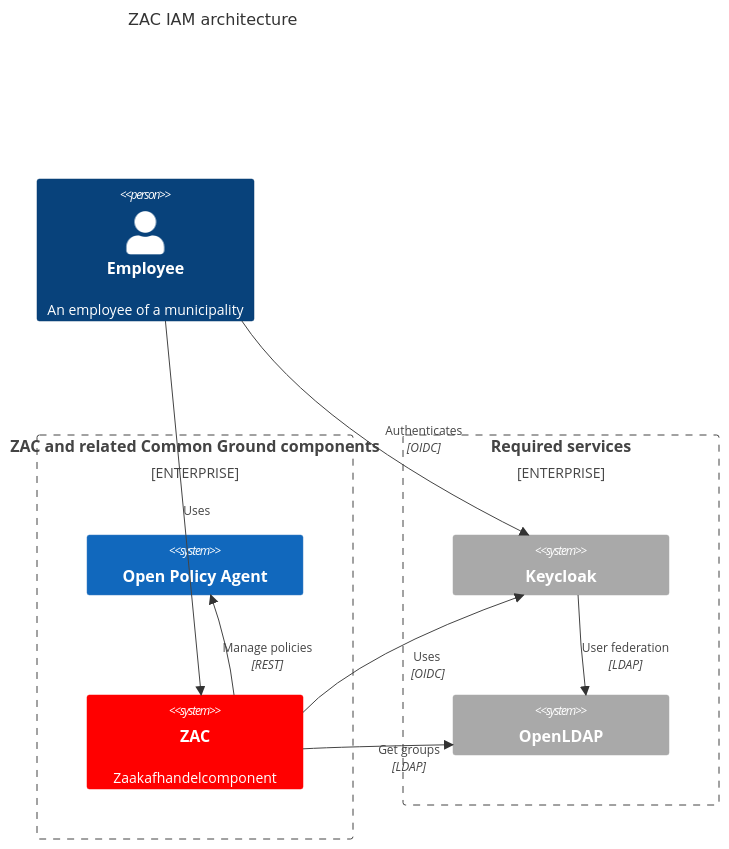
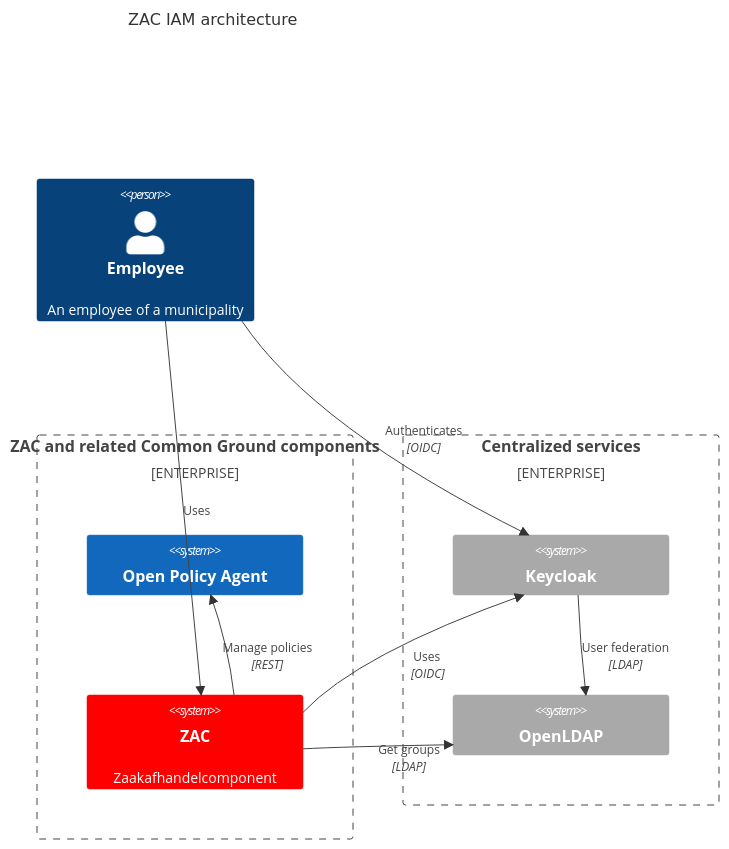
Before and after one commit to infonl/dimpact-zaakafhandelcomponent: the diagram in docs/solution-architecture/iamArchitecture.md, drawn with Mermaid. The commit also changed other lines of this file and 1 other file, not shown here.

````diff
--- a/docs/solution-architecture/iamArchitecture.md
+++ b/docs/solution-architecture/iamArchitecture.md
@@ -5,29 +5,29 @@
 ```mermaid
 C4Context
     title ZAC IAM architecture
 
     Person(Employee, "Employee", "An employee of a municipality")
 
     Enterprise_Boundary(b0, "ZAC and related Common Ground components") {
         System(OPA, "Open Policy Agent")
         System(ZAC, "ZAC", "Zaakafhandelcomponent")
     }
 
-    Enterprise_Boundary(b1, "Required services") {
+    Enterprise_Boundary(b1, "Centralized services") {
         System(Keycloak, "Keycloak")
         System(OpenLDAP, "OpenLDAP")
     }
 
     Rel(Employee, ZAC, "Uses")
     Rel(Employee, Keycloak, "Authenticates", "OIDC")
     Rel(Keycloak, OpenLDAP, "User federation", "LDAP")
     Rel(ZAC, Keycloak, "Uses", "OIDC")
     Rel(ZAC, OpenLDAP, "Get groups", "LDAP")
     Rel(ZAC, OPA, "Manage policies", "REST")
 
     UpdateElementStyle(ZAC, $bgColor="red", $borderColor="red")
     UpdateElementStyle(Keycloak, $bgColor="darkgrey", $borderColor="darkgrey")
     UpdateElementStyle(OpenLDAP, $bgColor="darkgrey", $borderColor="darkgrey")
 
     UpdateLayoutConfig($c4ShapeInRow="4", $c4BoundaryInRow="4")
 ```
````
